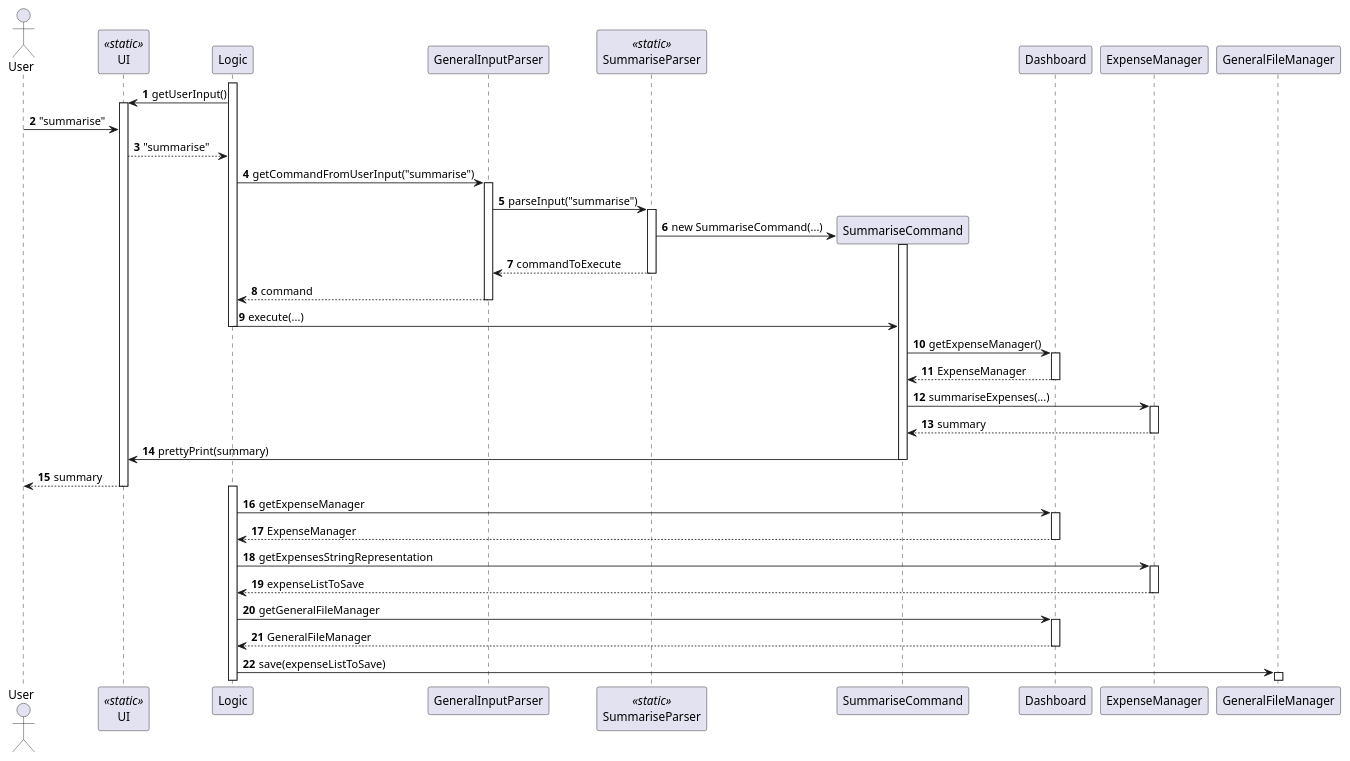
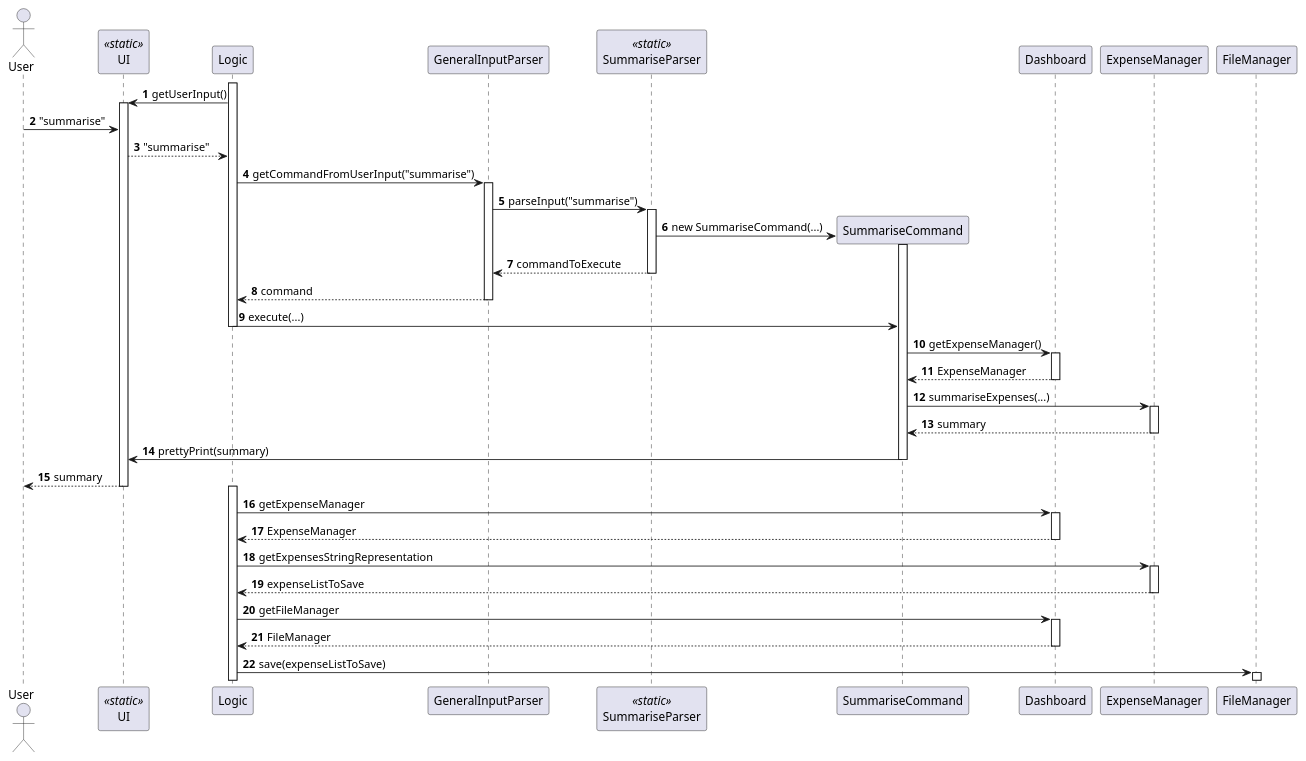
Before and after one commit to nus-cs2113-AY2324S2/tp: the diagram in docs/diagrams/Summarise.puml, drawn with PlantUML.

Commit message:
Change GeneralFileManager to FileManager in sequence diagram

```diff
--- a/docs/diagrams/Summarise.puml
+++ b/docs/diagrams/Summarise.puml
@@ -1,43 +1,42 @@
 @startuml
 'https://plantuml.com/sequence-diagram
 
 autonumber
 actor User
 participant UI << static >>
 activate Logic
 participant GeneralInputParser
 participant SummariseParser << static >>
 participant Dashboard order 30
 participant ExpenseManager order 31
-participant GeneralFileManager order 32
+participant FileManager order 32
 Logic -> UI ++ : getUserInput()
 
 User -> UI : "summarise"
 UI --> Logic : "summarise"
 
 Logic -> GeneralInputParser ++ : getCommandFromUserInput("summarise")
 GeneralInputParser -> SummariseParser ++ : parseInput("summarise")
 SummariseParser -> SummariseCommand ** : new SummariseCommand(...)
 activate SummariseCommand
 
 SummariseParser --> GeneralInputParser -- : commandToExecute
 GeneralInputParser --> Logic -- : command
 Logic -> SummariseCommand -- : execute(...)
 SummariseCommand -> Dashboard ++ : getExpenseManager()
 Dashboard --> SummariseCommand -- : ExpenseManager
 SummariseCommand -> ExpenseManager ++ : summariseExpenses(...)
 ExpenseManager --> SummariseCommand -- : summary
 SummariseCommand -> UI -- : prettyPrint(summary)
 UI --> User -- : summary
 
 activate Logic
 Logic -> Dashboard ++ : getExpenseManager
 Dashboard --> Logic -- : ExpenseManager
 Logic -> ExpenseManager ++ : getExpensesStringRepresentation
 ExpenseManager --> Logic -- : expenseListToSave
-Logic -> Dashboard ++ : getGeneralFileManager
-Dashboard --> Logic -- : GeneralFileManager
-Logic -> GeneralFileManager ++ : save(expenseListToSave)
-
+Logic -> Dashboard ++ : getFileManager
+Dashboard --> Logic -- : FileManager
+Logic -> FileManager ++ : save(expenseListToSave)
 
 @enduml
```
